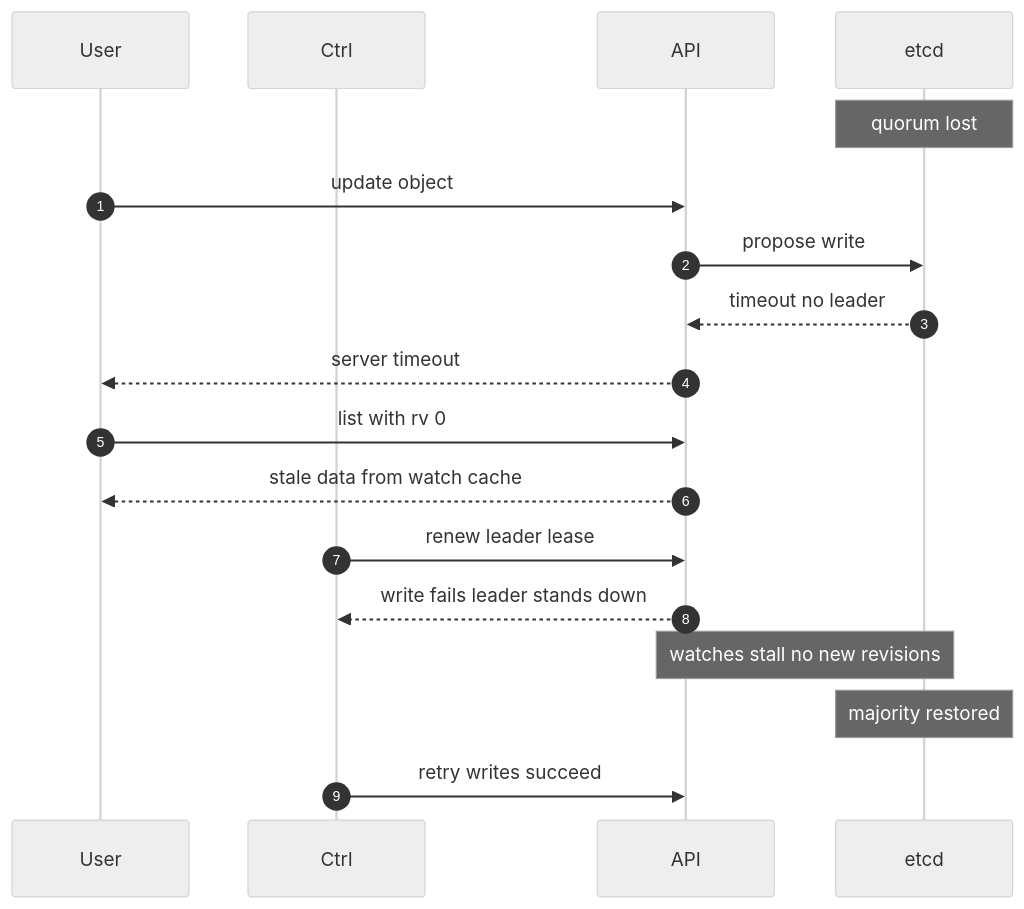
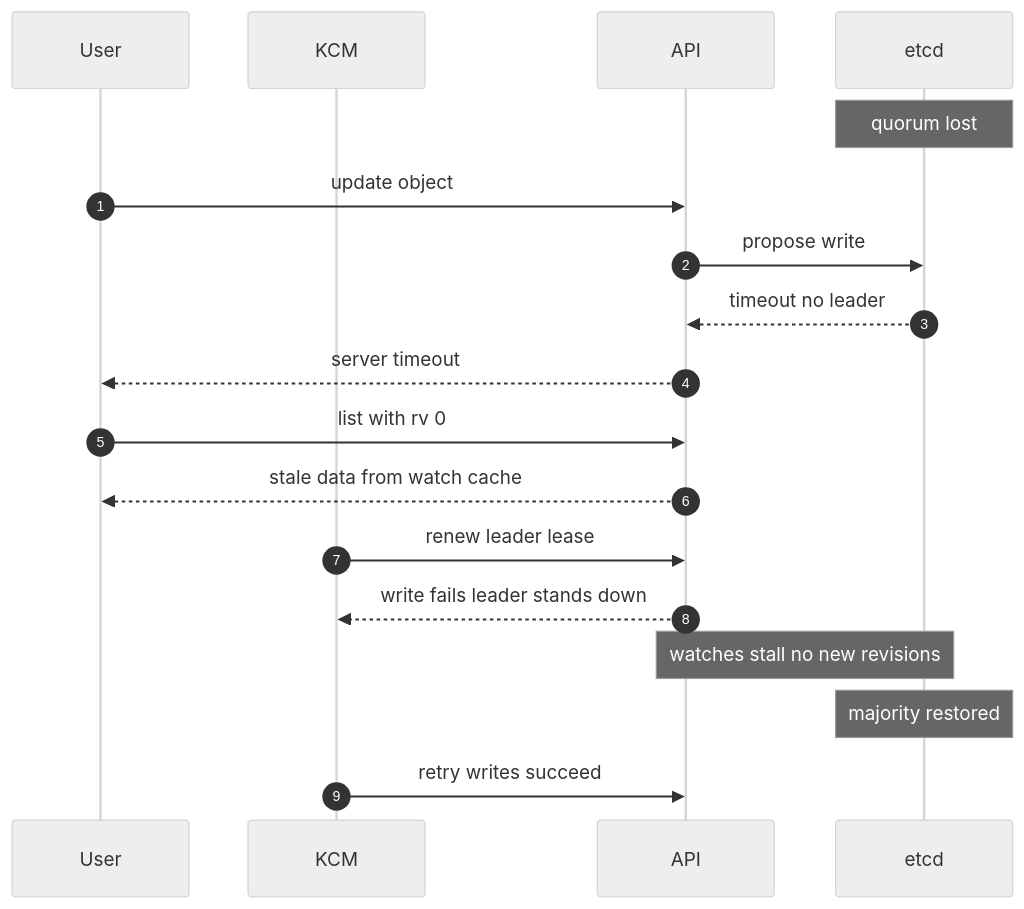
Before and after one commit to sanketsudake/k8s-worksheet: the fourth of 4 diagrams in chapters/ch10.md, drawn with Mermaid (neutral theme). The commit also changed other lines of this file and 11 other files, not shown here.

````diff
--- a/chapters/ch10.md
+++ b/chapters/ch10.md
@@ -154,20 +158,20 @@
 ```mermaid
 sequenceDiagram
   autonumber
   participant User
-  participant Ctrl
+  participant KCM
   participant API
   participant etcd
   Note over etcd: quorum lost
   User->>API: update object
   API->>etcd: propose write
   etcd-->>API: timeout no leader
   API-->>User: server timeout
   User->>API: list with rv 0
   API-->>User: stale data from watch cache
-  Ctrl->>API: renew leader lease
-  API-->>Ctrl: write fails leader stands down
+  KCM->>API: renew leader lease
+  API-->>KCM: write fails leader stands down
   Note over API,etcd: watches stall no new revisions
   Note over etcd: majority restored
-  Ctrl->>API: retry writes succeed
+  KCM->>API: retry writes succeed
 ```
````
